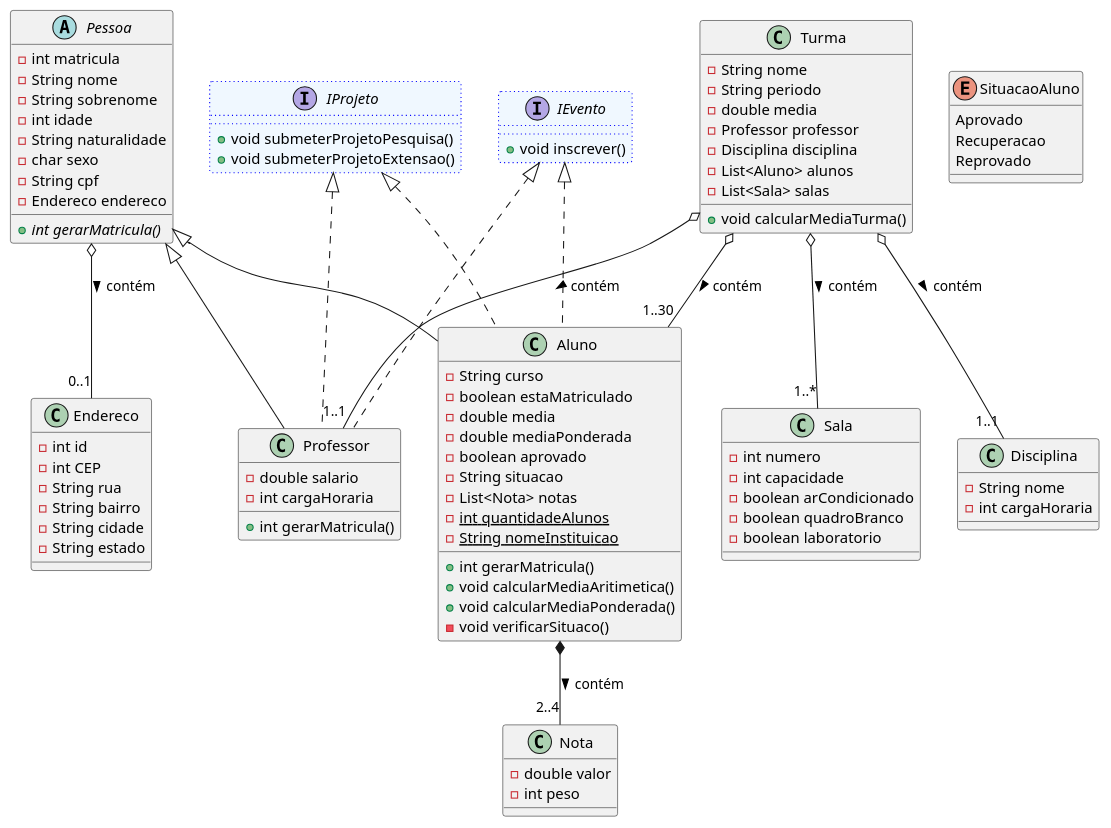
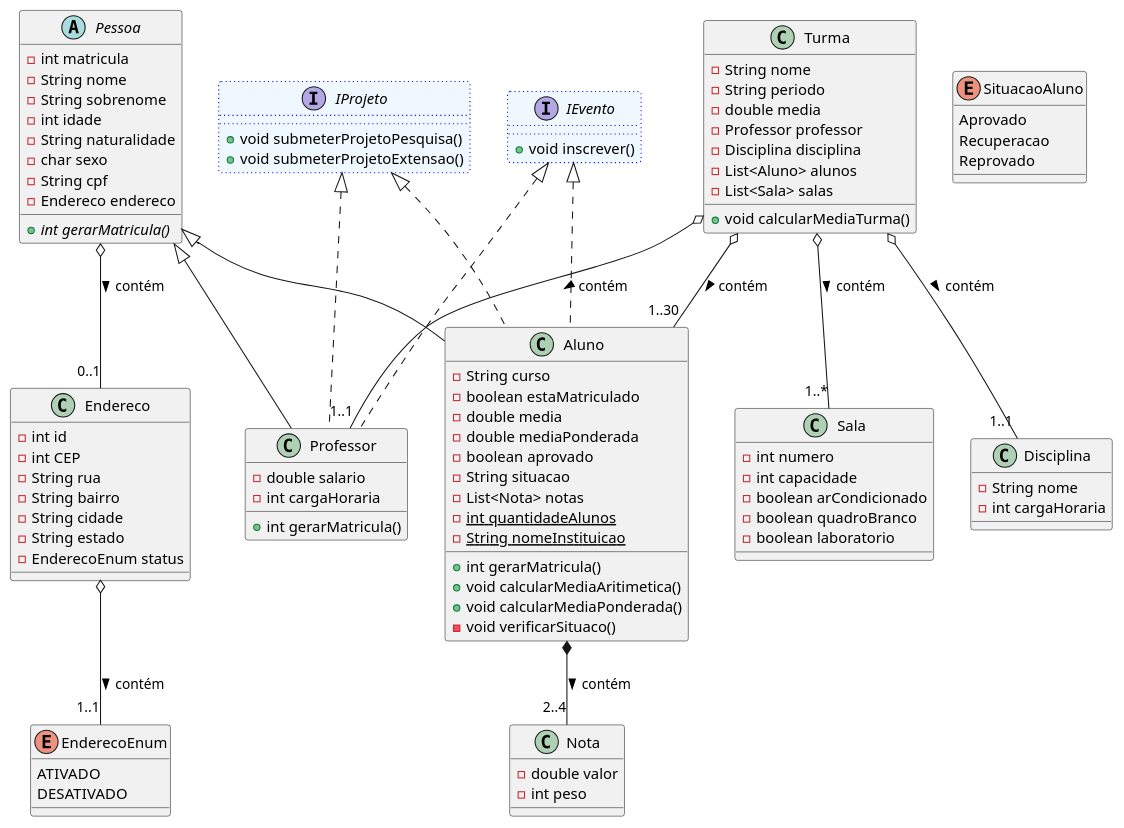
One commit to IsaiasAlmeida20/academico-web-api changed the diagram in diagramas/DiagramaClasse.wsd. Above: the diagram before and after it, drawn with PlantUML. The commit also changed 15 other files, not shown here.

```diff
--- a/diagramas/DiagramaClasse.wsd
+++ b/diagramas/DiagramaClasse.wsd
@@ -1,113 +1,121 @@
 @startuml Academico
+
+    enum EnderecoEnum{
+        ATIVADO
+        DESATIVADO
+    }
 
     Class Endereco {
         - int id
         - int CEP
         - String rua
         - String bairro
         - String cidade
         - String estado
+        - EnderecoEnum status
     }
 
     abstract Class Pessoa {
         - int matricula
         - String nome
         - String sobrenome
         - int idade
         - String naturalidade
         - char sexo
         - String cpf
         - Endereco endereco
 
         + {abstract} int gerarMatricula()
     }
 
     Class Nota {
         - double valor
         - int peso
     }
 
     Class Aluno {
         - String curso 
         - boolean estaMatriculado
         - double media
         - double mediaPonderada
         - boolean aprovado
         - String situacao
         - List<Nota> notas
         - {static} int quantidadeAlunos
         - {static} String nomeInstituicao
 
         + int gerarMatricula()
         + void calcularMediaAritimetica()
         + void calcularMediaPonderada()
         - void verificarSituaco()
     }
 
     Class Professor {
         - double salario
         - int cargaHoraria
         
         + int gerarMatricula()
     }
 
     Class Disciplina {
         - String nome
         - int cargaHoraria
     }
 
     Class Sala {
         - int numero
         - int capacidade
         - boolean arCondicionado
         - boolean quadroBranco
         - boolean laboratorio
     }
 
     Class Turma {
         - String nome
         - String periodo
         - double media
         - Professor professor
         - Disciplina disciplina
         - List<Aluno> alunos
         - List<Sala> salas
 
         + void calcularMediaTurma()
     }
 
     interface IProjeto #aliceblue ##[dotted]blue {
 
         + void submeterProjetoPesquisa()
         + void submeterProjetoExtensao()
 
     }
 
     interface IEvento #aliceblue ##[dotted]blue {
 
         + void inscrever()
     }
 
     enum SituacaoAluno {
         Aprovado
         Recuperacao
         Reprovado
     }
 
     Pessoa <|-- Aluno
     Pessoa <|-- Professor
     Pessoa o-- "0..1" Endereco : contém >
 
     Aluno *-- "2..4" Nota : contém >
 
     Turma o-- "1..1" Professor : contém >
     Turma o-- "1..1" Disciplina : contém >
     Turma o-- "1..30" Aluno : contém >
     Turma o-- "1..*" Sala : contém >
 
+    Endereco o-- "1..1" EnderecoEnum : contém >
+
     IProjeto <|.. Professor
     IProjeto <|.. Aluno
     IEvento <|.. Professor
     IEvento <|.. Aluno
 
 @enduml
```
